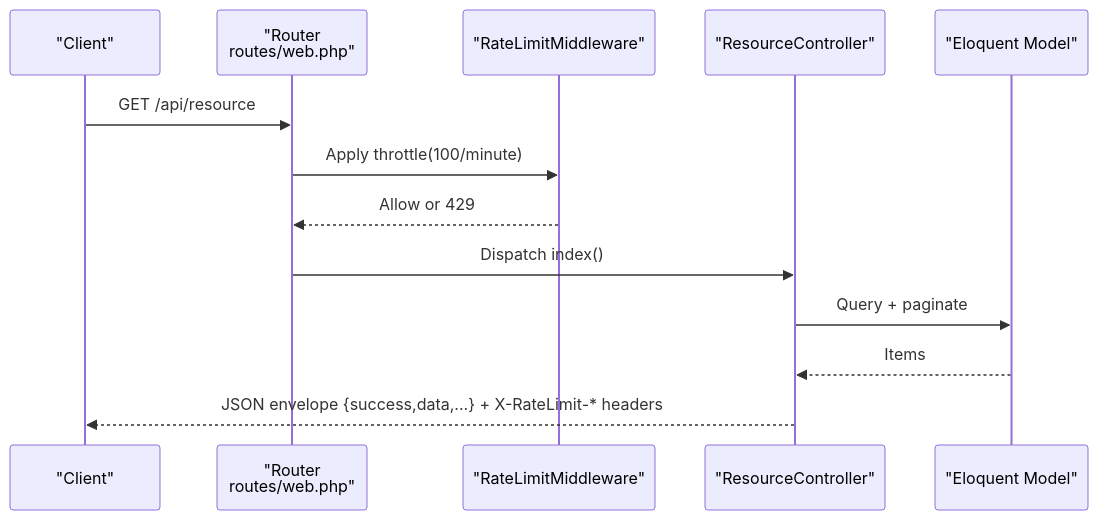
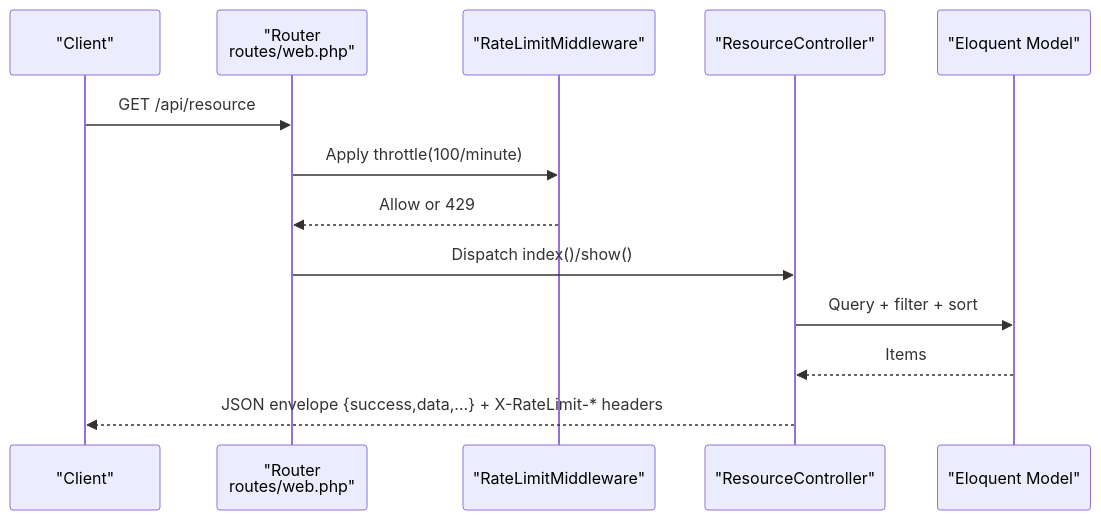
Before and after one commit to backuppapnj/api-web: the second of 3 diagrams in .qoder/repowiki/en/content/API Reference/Public Endpoints (Read-Only)/Public Endpoints (Read-Only).md, drawn with Mermaid. The commit also changed other lines of this file and 13 other files, not shown here.

````diff
--- a/.qoder/repowiki/en/content/API Reference/Public Endpoints (Read-Only)/Public Endpoints (Read-Only).md
+++ b/.qoder/repowiki/en/content/API Reference/Public Endpoints (Read-Only)/Public Endpoints (Read-Only).md
@@ -99,15 +116,15 @@
 ```mermaid
 sequenceDiagram
 participant C as "Client"
 participant R as "Router<br/>routes/web.php"
 participant M as "RateLimitMiddleware"
 participant CTRL as "ResourceController"
 participant DB as "Eloquent Model"
 C->>R : GET /api/resource
 R->>M : Apply throttle(100/minute)
 M-->>R : Allow or 429
-R->>CTRL : Dispatch index()
-CTRL->>DB : Query + paginate
+R->>CTRL : Dispatch index()/show()
+CTRL->>DB : Query + filter + sort
 DB-->>CTRL : Items
 CTRL-->>C : JSON envelope {success,data,...} + X-RateLimit-* headers
 ```
````
